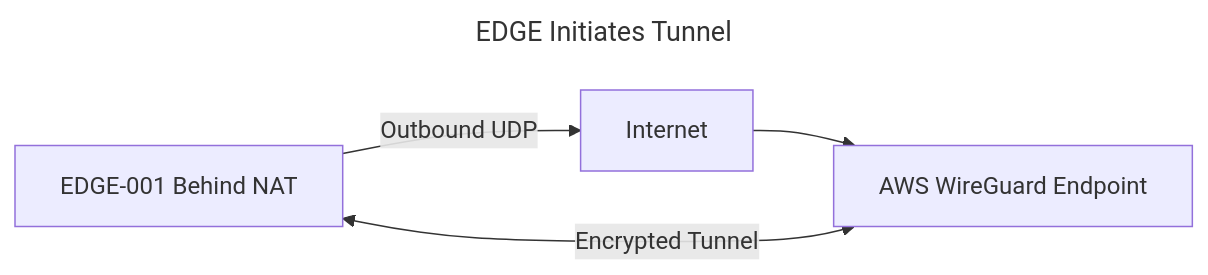
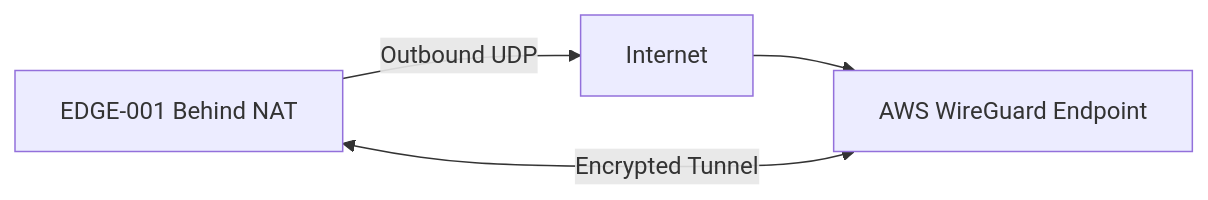
One commit to naren4b/learn-talos changed diagram 27 of 35 in docs/track-2-secure-edge/README.md. Above: the diagram before and after it, drawn with Mermaid. The commit also changed other lines of this file, not shown here.

Commit message:
docs: fix GitHub Mermaid rich display errors

````diff
--- a/docs/track-2-secure-edge/README.md
+++ b/docs/track-2-secure-edge/README.md
@@ -1769,9 +1769,6 @@
 ```mermaid
----
-title: EDGE Initiates Tunnel
----
 flowchart LR
     A[EDGE-001 Behind NAT] -->|Outbound UDP| B[Internet]
     B --> C[AWS WireGuard Endpoint]
     C <-->|Encrypted Tunnel| A
 ```
````
